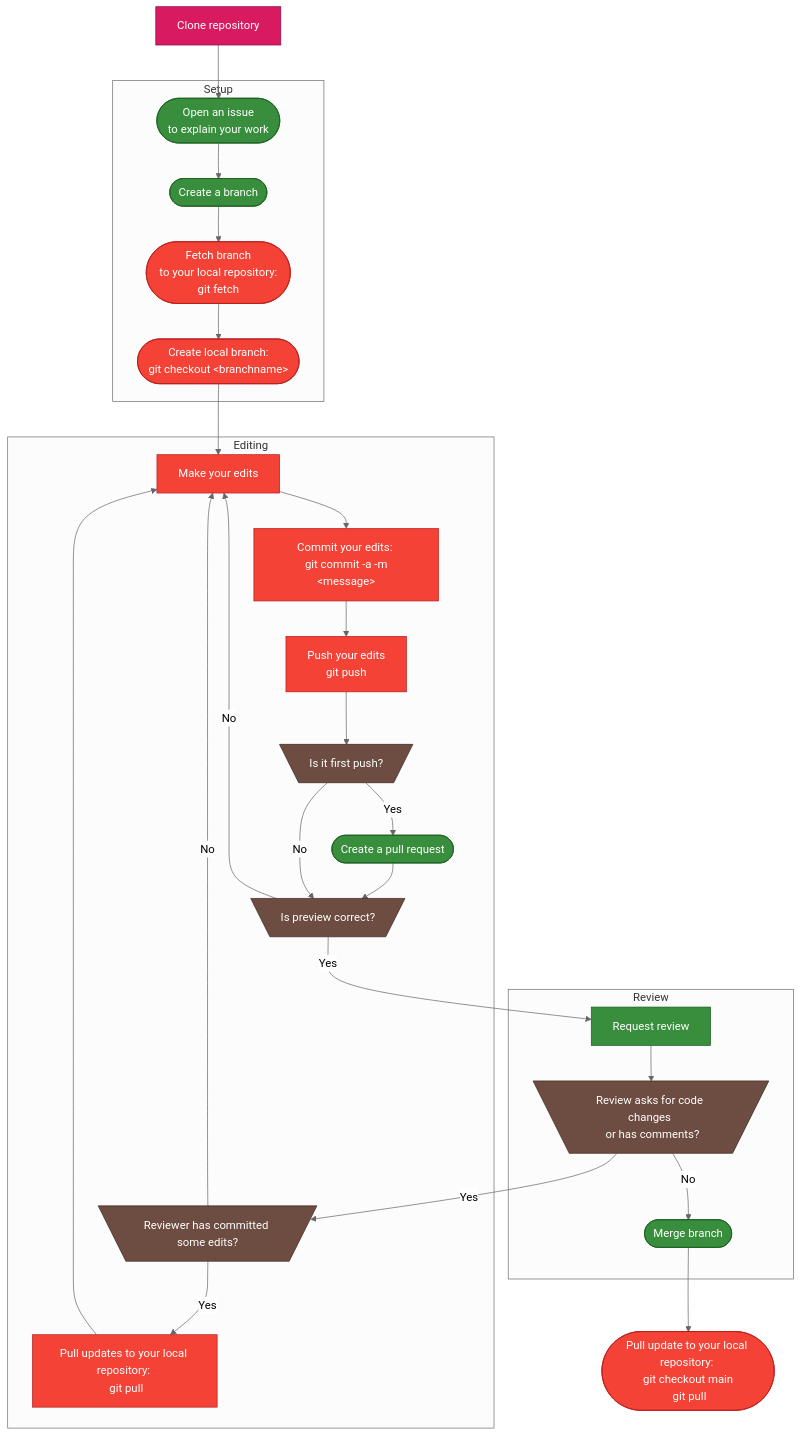
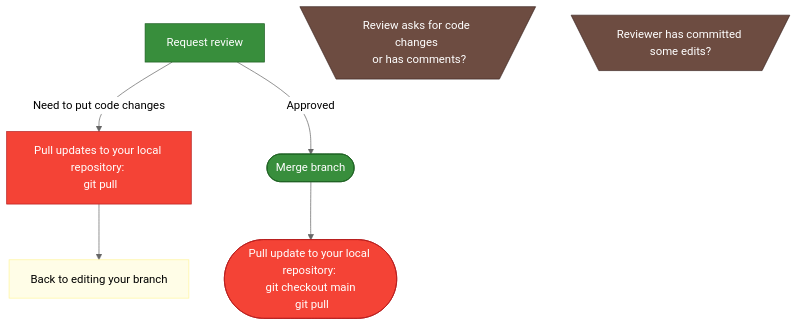
The fifth of 5 diagrams in documentation/docs/developer_guide/contribution_flowchart.md (CABLE-LSM/CABLE), drawn with Mermaid (neutral theme) before and after one commit. The commit also changed other lines of this file, not shown here.

Commit message:
Split flowchart and add overview flowchart first

````diff
--- a/documentation/docs/developer_guide/contribution_flowchart.md
+++ b/documentation/docs/developer_guide/contribution_flowchart.md
@@ -29,54 +151,25 @@
 ```mermaid
    flowchart TB
 
       %% Define all the nodes first
-      clone[Clone repository]:::uniq ;
-      issue([Open an issue <br> to explain your work]):::github;
-      branch([Create a branch]):::github;
-      fetch([Fetch branch <br> to your local repository: <br> git fetch]):::term;
-      locbranch(["Create local branch: <br> git checkout &lt;branchname&gt;"]):::term;
-      edits[Make your edits]:::term;
-      commit["Commit your edits: <br> git commit -a -m &lt;message&gt;"]:::term;
-      push[Push your edits <br> git push]:::term;
-      first[\Is it first push?/]:::question;
-      pr([Create a pull request]):::github;
-      preview[\Is preview correct?/]:::question;
       review[Request review]:::github;
       reviewchange[\Review asks for code changes <br> or has comments?/]:::question;
       revieweredits[\Reviewer has committed some edits? /]:::question;
       update[Pull updates to your local repository: <br> git pull]:::term;
       merge([Merge branch]):::github;
       updatemain([Pull update to your local repository: <br> git checkout main <br> git pull]):::term;
+      edits[Back to editing your branch];
 
       %% Define the graphs using the nodes' names
-      clone --> issue;
+      review --> |Need to put code changes|update --> edits;
+      review -->|Approved|merge;
       merge --> updatemain;
-
-      subgraph Review
-         review --> reviewchange;
-         reviewchange -->|No|merge;
-      end
-
-      subgraph Editing
-         edits --> commit --> push --> first;
-         first -->|Yes|pr --> preview;
-         first -->|No|preview;
-         preview -->|Yes|review;
-         preview -->|No|edits;
-         reviewchange -->|Yes|revieweredits;
-         revieweredits -->|Yes|update --> edits;
-         revieweredits -->|No|edits;
-      end
-
-      subgraph Setup
-         issue --> branch --> fetch--> locbranch--> edits;
-      end
 
       classDef default fill:#FFFDE7, stroke:#FFF59D;
       classDef uniq fill:#D81B60, stroke:#880E4F, color:#FFFFFF;
       classDef github fill:#388E3C,stroke:#1B5E20, color:#FFFFFF;
       classDef term fill:#F44336, stroke:#B71C1C, color:#FFFFFF;
       classDef question fill:#6D4C41, stroke:#3E2723, color:#FFFFFF; 
 
 ;
 ```
````
